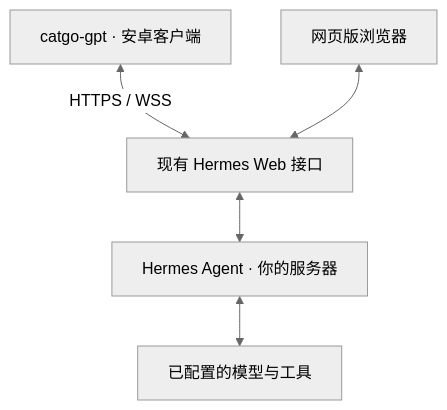
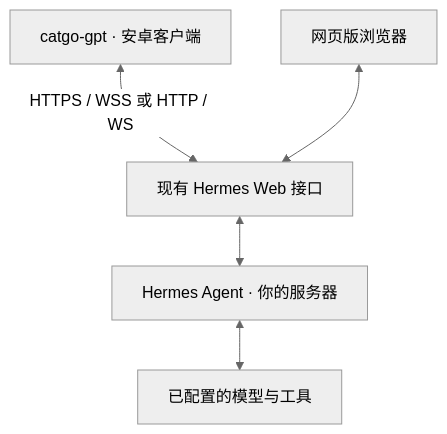
The first of 2 diagrams in README.zh-CN.md (zhangckid/hermes-apk), drawn with Mermaid (neutral theme) before and after one commit. The commit also changed other lines of this file and 21 other files, not shown here.

````diff
--- a/README.zh-CN.md
+++ b/README.zh-CN.md
@@ -30,7 +30,7 @@
 ```mermaid
 flowchart TD
-    App["catgo-gpt · 安卓客户端"] <-->|HTTPS / WSS| Web["现有 Hermes Web 接口"]
+    App["catgo-gpt · 安卓客户端"] <-->|HTTPS / WSS 或 HTTP / WS| Web["现有 Hermes Web 接口"]
     Browser["网页版浏览器"] <--> Web
     Web <--> Agent["Hermes Agent · 你的服务器"]
     Agent <--> Models["已配置的模型与工具"]
 ```
````
